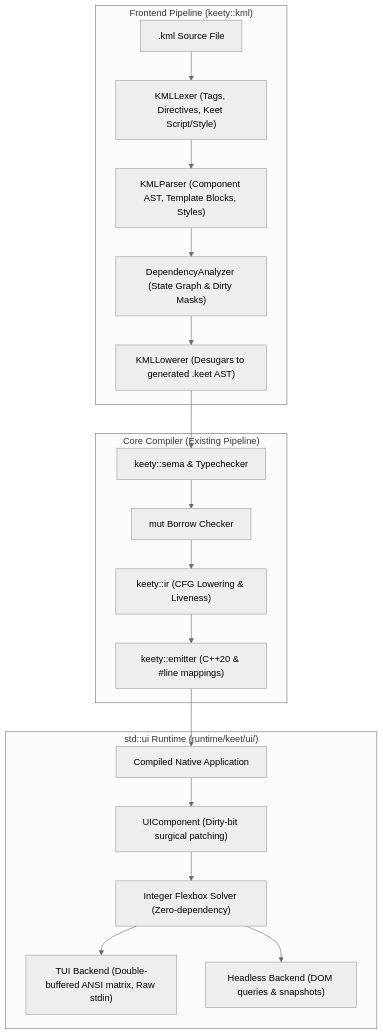
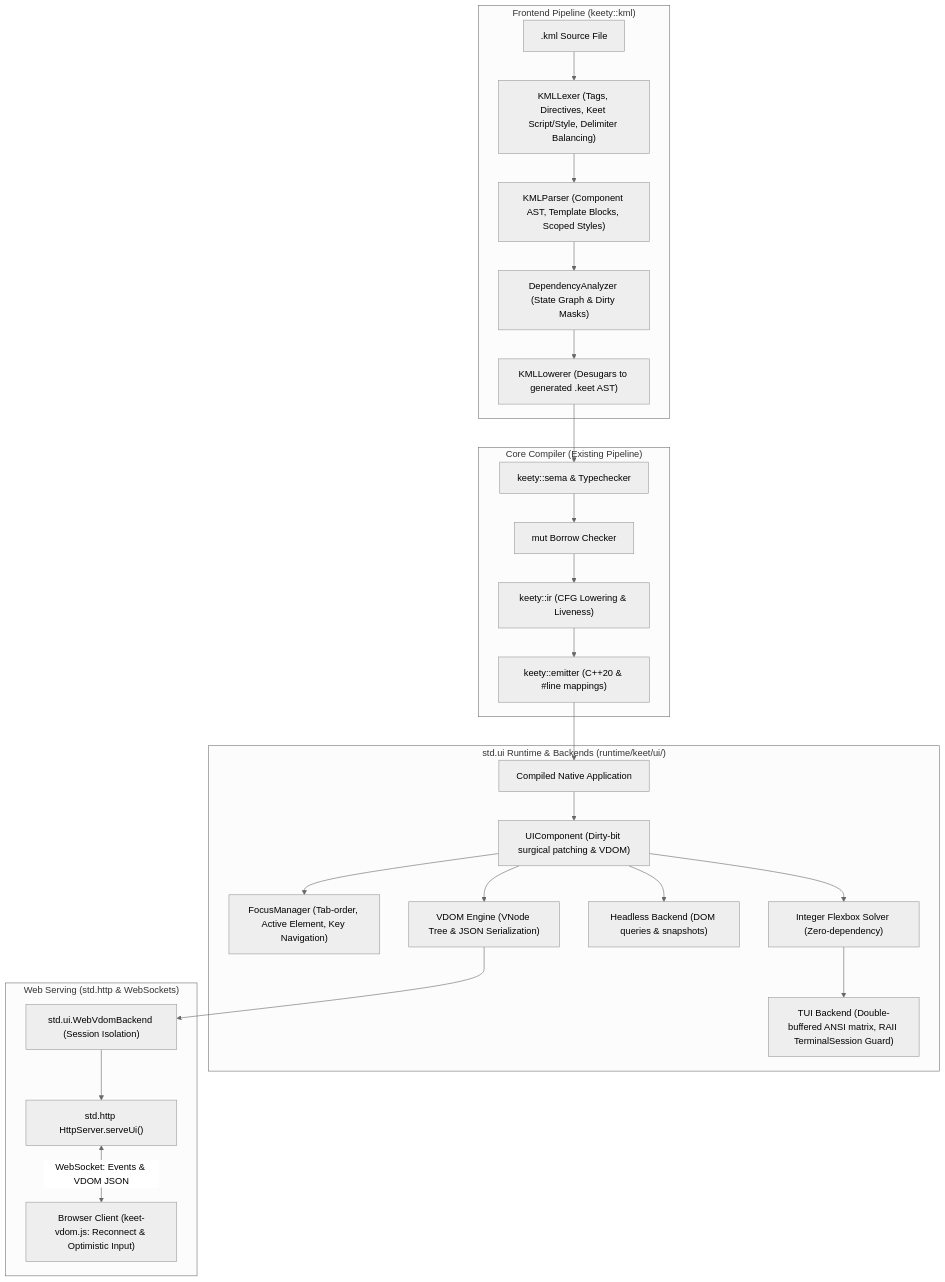
The first of 2 diagrams in documentation/KML and Reactive UI Engine Implementation Plan.md (paweljjar/keety), drawn with Mermaid (neutral theme) before and after one commit. The commit also changed other lines of this file, not shown here.

Commit message:
docs: update KML and Reactive UI Engine implementation plan with Web VDOM backend and dot-syntax conventions

````diff
--- a/documentation/KML and Reactive UI Engine Implementation Plan.md
+++ b/documentation/KML and Reactive UI Engine Implementation Plan.md
@@ -28,24 +38,32 @@
 ```mermaid
 flowchart TD
     subgraph Frontend ["Frontend Pipeline (keety::kml)"]
-        KML[".kml Source File"] --> KMLLexer["KMLLexer (Tags, Directives, Keet Script/Style)"]
-        KMLLexer --> KMLParser["KMLParser (Component AST, Template Blocks, Styles)"]
+        KML[".kml Source File"] --> KMLLexer["KMLLexer (Tags, Directives, Keet Script/Style, Delimiter Balancing)"]
+        KMLLexer --> KMLParser["KMLParser (Component AST, Template Blocks, Scoped Styles)"]
         KMLParser --> DepAnalysis["DependencyAnalyzer (State Graph & Dirty Masks)"]
         DepAnalysis --> KMLLowerer["KMLLowerer (Desugars to generated .keet AST)"]
     end
 
     subgraph Core ["Core Compiler (Existing Pipeline)"]
         KMLLowerer --> Sema["keety::sema & Typechecker"]
         Sema --> Borrow["mut Borrow Checker"]
         Borrow --> IR["keety::ir (CFG Lowering & Liveness)"]
         IR --> Emitter["keety::emitter (C++20 & #line mappings)"]
     end
 
-    subgraph Runtime ["std::ui Runtime (runtime/keet/ui/)"]
+    subgraph Runtime ["std.ui Runtime & Backends (runtime/keet/ui/)"]
         Emitter --> CppApp["Compiled Native Application"]
-        CppApp --> UIComponent["UIComponent (Dirty-bit surgical patching)"]
+        CppApp --> UIComponent["UIComponent (Dirty-bit surgical patching & VDOM)"]
+        UIComponent --> Focus["FocusManager (Tab-order, Active Element, Key Navigation)"]
         UIComponent --> Flexbox["Integer Flexbox Solver (Zero-dependency)"]
-        Flexbox --> TUI["TUI Backend (Double-buffered ANSI matrix, Raw stdin)"]
-        Flexbox --> Headless["Headless Backend (DOM queries & snapshots)"]
+        Flexbox --> TUI["TUI Backend (Double-buffered ANSI matrix, RAII TerminalSession Guard)"]
+        UIComponent --> Headless["Headless Backend (DOM queries & snapshots)"]
+        UIComponent --> VDOM["VDOM Engine (VNode Tree & JSON Serialization)"]
+    end
+
+    subgraph WebServer ["Web Serving (std.http & WebSockets)"]
+        VDOM --> WebBackend["std.ui.WebVdomBackend (Session Isolation)"]
+        WebBackend --> HttpServe["std.http HttpServer.serveUi()"]
+        HttpServe <-->|WebSocket: Events & VDOM JSON| BrowserClient["Browser Client (keet-vdom.js: Reconnect & Optimistic Input)"]
     end
 ```
````
